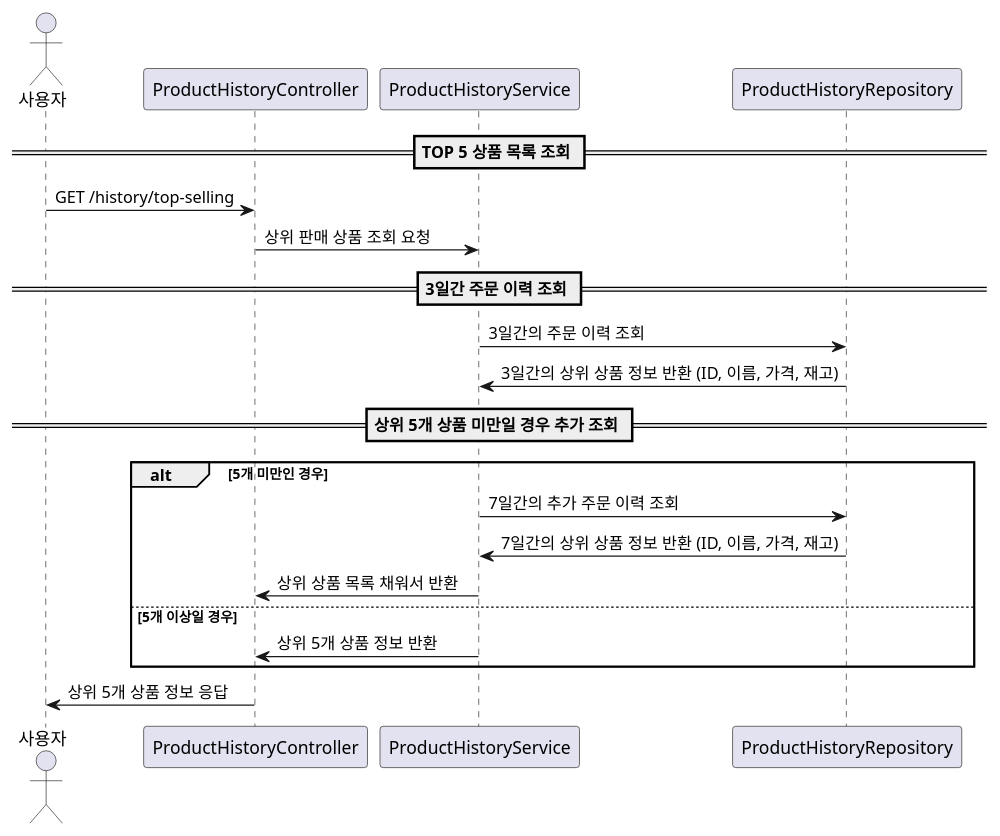
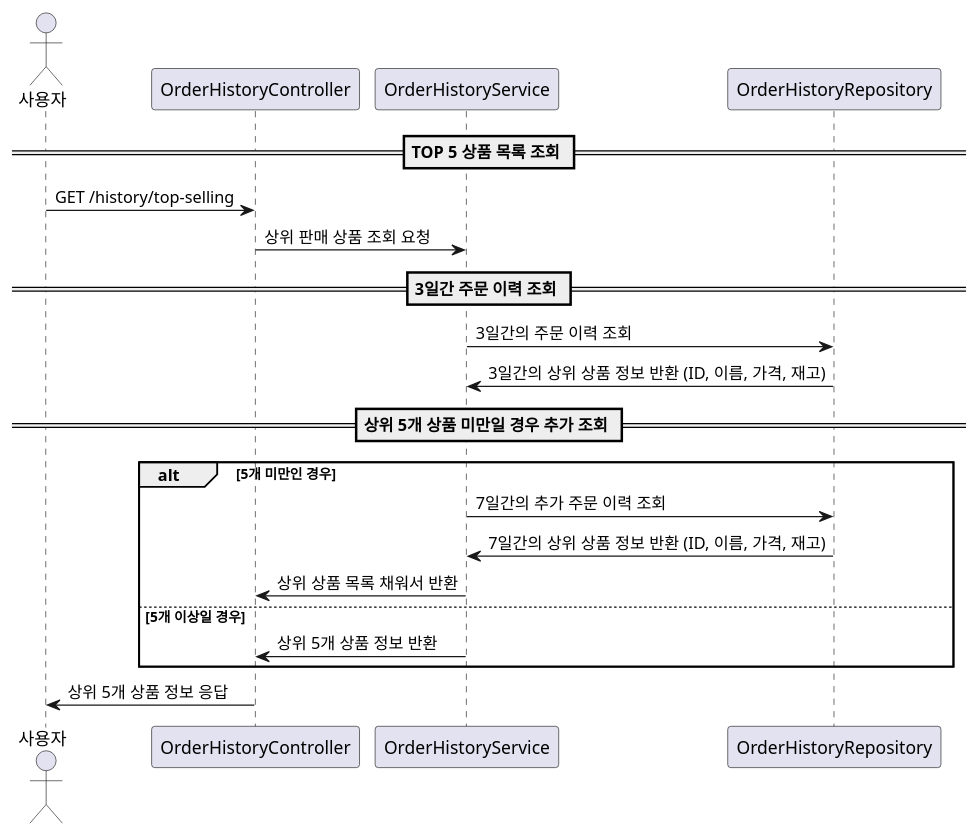
Before and after one commit to haahaahak/hhplus-ecommerce: the diagram in diagram/topSelling.puml, drawn with PlantUML.

Commit message:
docs: ProductHistory -> OrderHistory 명칭 수정

```diff
--- a/diagram/topSelling.puml
+++ b/diagram/topSelling.puml
@@ -1,27 +1,27 @@
 @startuml
 
 actor 사용자
-participant "ProductHistoryController"
-participant "ProductHistoryService"
-participant "ProductHistoryRepository"
+participant "OrderHistoryController"
+participant "OrderHistoryService"
+participant "OrderHistoryRepository"
 
 == TOP 5 상품 목록 조회 ==
-사용자 -> ProductHistoryController : GET /history/top-selling
-ProductHistoryController -> ProductHistoryService : 상위 판매 상품 조회 요청
+사용자 -> OrderHistoryController : GET /history/top-selling
+OrderHistoryController -> OrderHistoryService : 상위 판매 상품 조회 요청
 
 == 3일간 주문 이력 조회 ==
-ProductHistoryService -> ProductHistoryRepository : 3일간의 주문 이력 조회
-ProductHistoryRepository -> ProductHistoryService : 3일간의 상위 상품 정보 반환 (ID, 이름, 가격, 재고)
+OrderHistoryService -> OrderHistoryRepository : 3일간의 주문 이력 조회
+OrderHistoryRepository -> OrderHistoryService : 3일간의 상위 상품 정보 반환 (ID, 이름, 가격, 재고)
 
 == 상위 5개 상품 미만일 경우 추가 조회 ==
 alt 5개 미만인 경우
-    ProductHistoryService -> ProductHistoryRepository : 7일간의 추가 주문 이력 조회
-    ProductHistoryRepository -> ProductHistoryService : 7일간의 상위 상품 정보 반환 (ID, 이름, 가격, 재고)
-    ProductHistoryService -> ProductHistoryController : 상위 상품 목록 채워서 반환
+    OrderHistoryService -> OrderHistoryRepository : 7일간의 추가 주문 이력 조회
+    OrderHistoryRepository -> OrderHistoryService : 7일간의 상위 상품 정보 반환 (ID, 이름, 가격, 재고)
+    OrderHistoryService -> OrderHistoryController : 상위 상품 목록 채워서 반환
 else 5개 이상일 경우
-    ProductHistoryService -> ProductHistoryController : 상위 5개 상품 정보 반환
+    OrderHistoryService -> OrderHistoryController : 상위 5개 상품 정보 반환
 end
 
-ProductHistoryController -> 사용자 : 상위 5개 상품 정보 응답
+OrderHistoryController -> 사용자 : 상위 5개 상품 정보 응답
 
 @enduml
```
